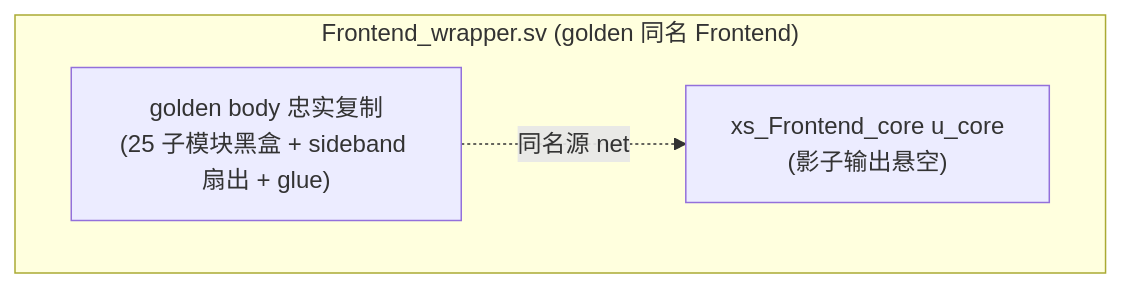
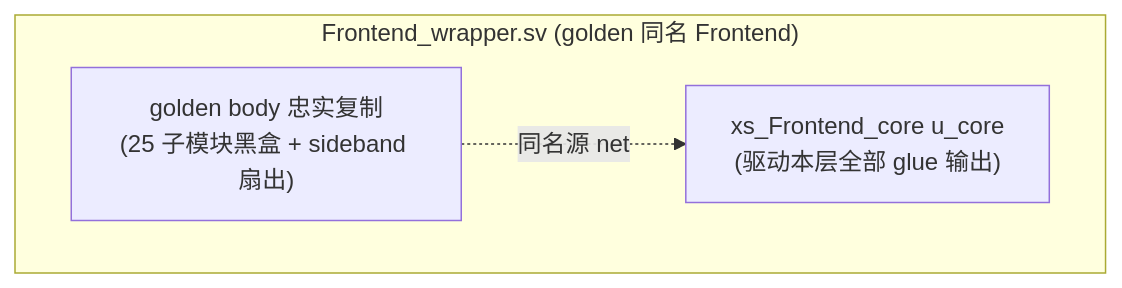
The third of 3 diagrams in docs/frontend/Frontend.md (shengnanli/xs-v2r2-sv), drawn with Mermaid before and after one commit. The commit also changed other lines of this file and 37 other files, not shown here.

````diff
--- a/docs/frontend/Frontend.md
+++ b/docs/frontend/Frontend.md
@@ -159,8 +148,8 @@
 ```mermaid
 flowchart TB
   subgraph W["Frontend_wrapper.sv (golden 同名 Frontend)"]
-    GB["golden body 忠实复制<br/>(25 子模块黑盒 + sideband 扇出 + glue)"]
-    CC["xs_Frontend_core u_core<br/>(影子输出悬空)"]
+    GB["golden body 忠实复制<br/>(25 子模块黑盒 + sideband 扇出)"]
+    CC["xs_Frontend_core u_core<br/>(驱动本层全部 glue 输出)"]
   end
   GB -.同名源 net.-> CC
 ```
````
